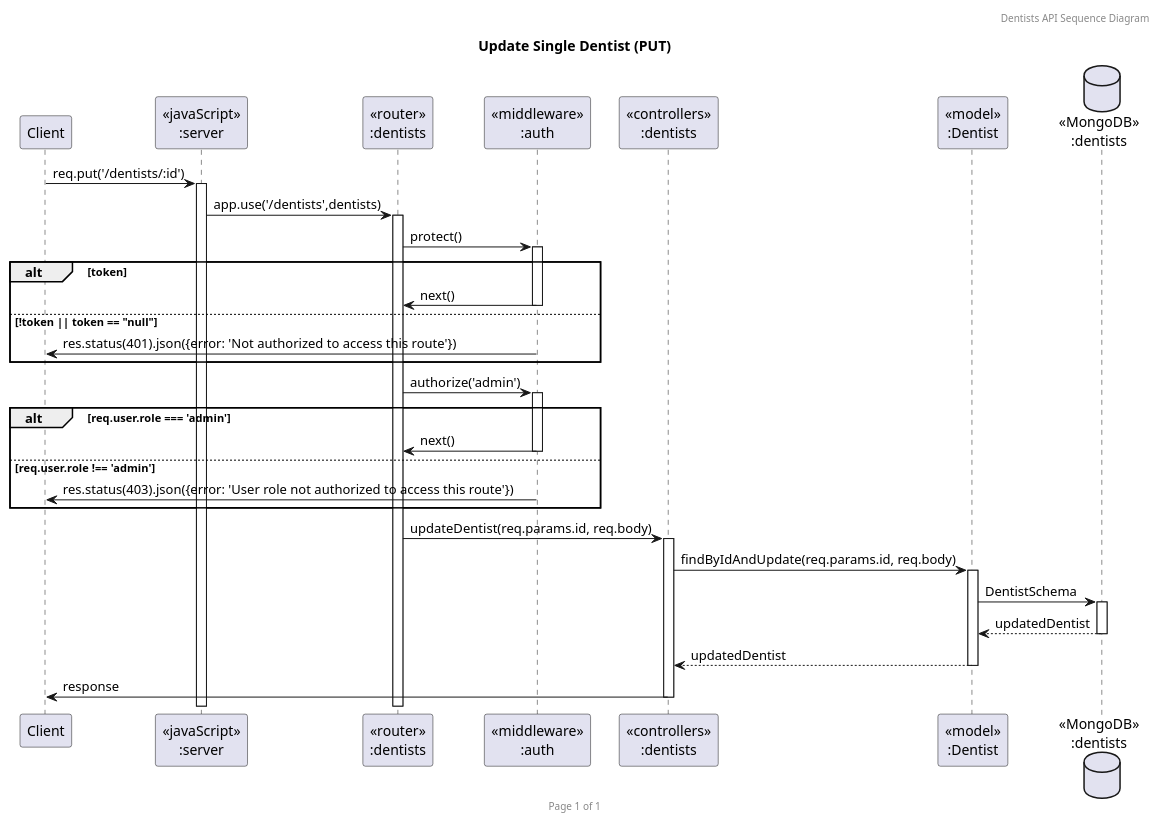
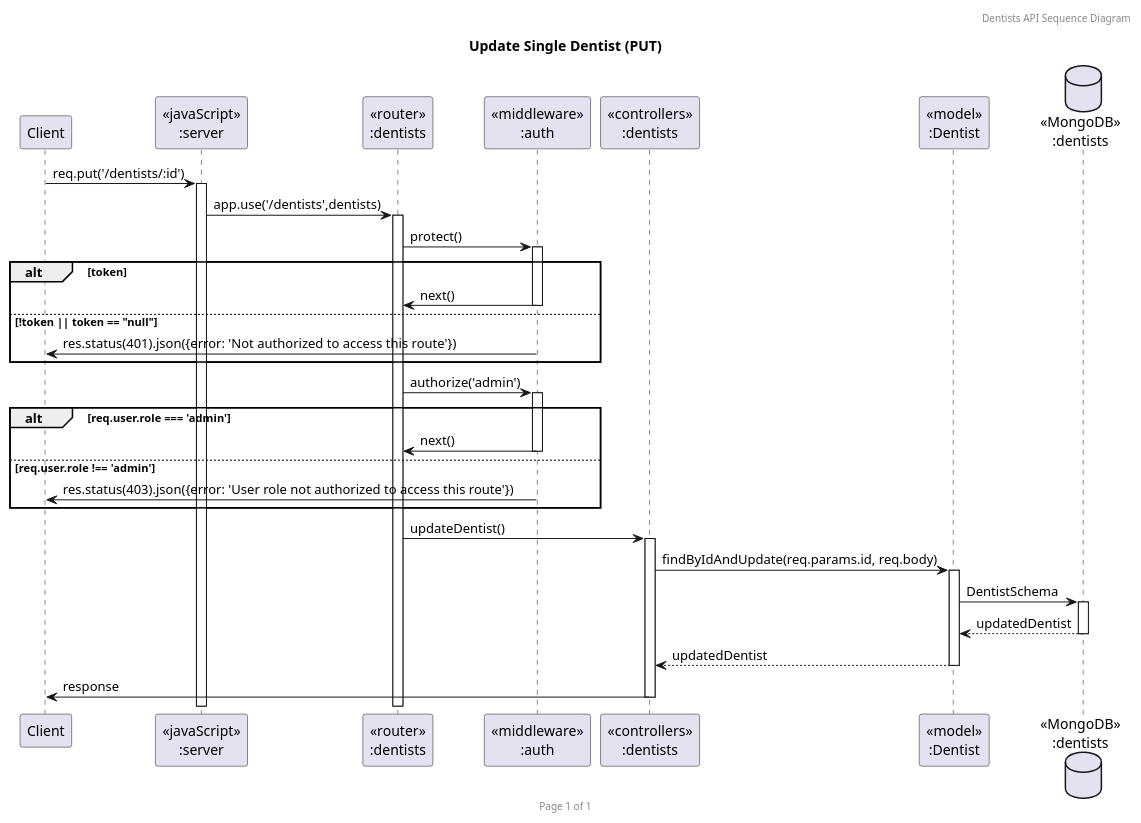
The diagram in plant-uml/sequence-diagrams/dentists/UpdateSingleDentist.puml (IamMrTeapot/BackendClass), drawn with PlantUML before and after one commit. The commit also changed 2 other files, not shown here.

Commit message:
fix: dentists routes

```diff
--- a/plant-uml/sequence-diagrams/dentists/UpdateSingleDentist.puml
+++ b/plant-uml/sequence-diagrams/dentists/UpdateSingleDentist.puml
@@ -1,38 +1,38 @@
 @startuml Update Single Dentist (PUT)
 
 header Dentists API Sequence Diagram
 footer Page %page% of %lastpage%
 title "Update Single Dentist (PUT)"
 
 participant "Client" as client
 participant "<<javaScript>>\n:server" as server
 participant "<<router>>\n:dentists" as routerDentists
 participant "<<middleware>>\n:auth" as middlewareAuth
 participant "<<controllers>>\n:dentists" as controllersDentists
 participant "<<model>>\n:Dentist" as modelDentist
 database "<<MongoDB>>\n:dentists" as DentistsDatabase
 
 client->server ++:req.put('/dentists/:id')
 server->routerDentists ++:app.use('/dentists',dentists)
 routerDentists -> middlewareAuth ++:protect()
 alt token
     middlewareAuth -> routerDentists --:next()
 else !token || token == "null"
     middlewareAuth -> client --:res.status(401).json({error: 'Not authorized to access this route'})
 end
 
 routerDentists -> middlewareAuth ++:authorize('admin')
 alt req.user.role === 'admin'
     middlewareAuth -> routerDentists --:next()
 else req.user.role !== 'admin'
     middlewareAuth -> client --:res.status(403).json({error: 'User role not authorized to access this route'})
 end
 
-routerDentists -> controllersDentists ++:updateDentist(req.params.id, req.body)
+routerDentists -> controllersDentists ++:updateDentist()
 controllersDentists->modelDentist ++:findByIdAndUpdate(req.params.id, req.body)
 modelDentist ->DentistsDatabase ++: DentistSchema
 DentistsDatabase --> modelDentist --: updatedDentist
 controllersDentists <-- modelDentist --:updatedDentist
 controllersDentists->client --:response
 
 @enduml
```
